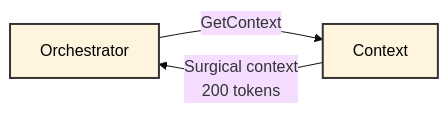
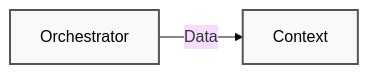
The fifth of 7 diagrams in MERMAID_STYLE_GUIDE.md (underpass-ai/swe-ai-fleet), drawn with Mermaid (base theme) before and after one commit. The commit also changed other lines of this file and 1 other file, not shown here.

First line of the commit message:
docs: finalize mermaid grayscale standard and apply to AGENTS_AND_TOOLS

````diff
--- a/MERMAID_STYLE_GUIDE.md
+++ b/MERMAID_STYLE_GUIDE.md
@@ -37,8 +145,7 @@
 ```mermaid
 graph LR
-    Orch["Orchestrator"] -->|GetContext| Context
-    Context -->|Surgical context<br/>200 tokens| Orch
-
-    style Orch stroke:#333,color:#000,stroke-width:2px
-    style Context stroke:#333,color:#000,stroke-width:2px
+    A["Orchestrator"] -->|Data| B["Context"]
+    
+    style A stroke:#555,stroke-width:2px,fill:#f9f9f9,color:#000
+    style B stroke:#555,stroke-width:2px,fill:#f9f9f9,color:#000
 ```
````
